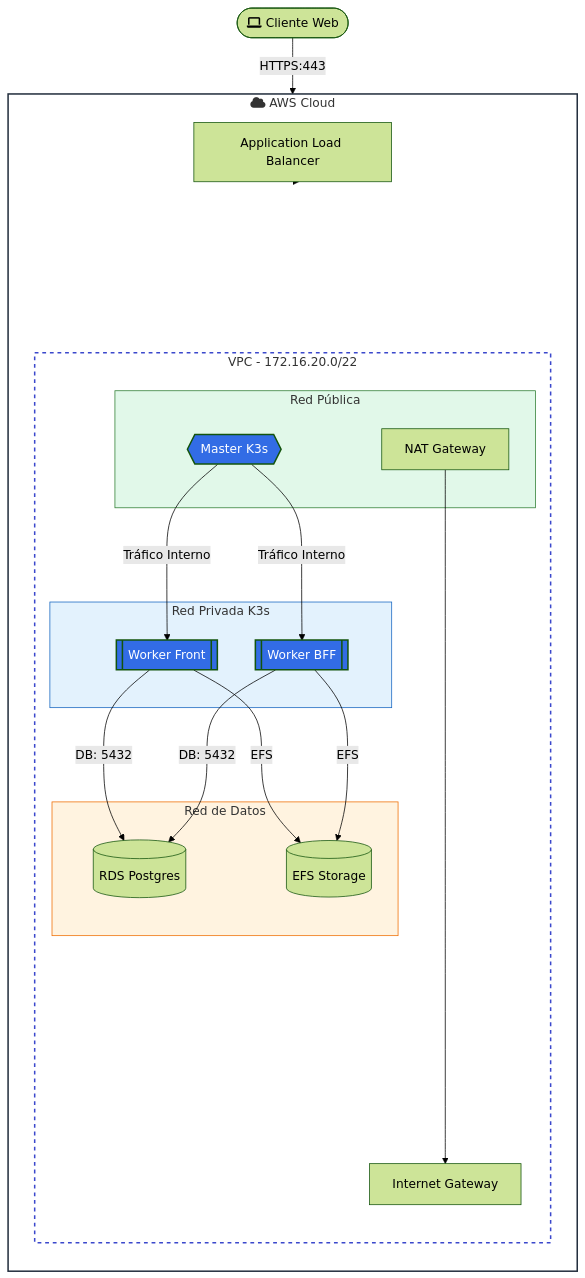
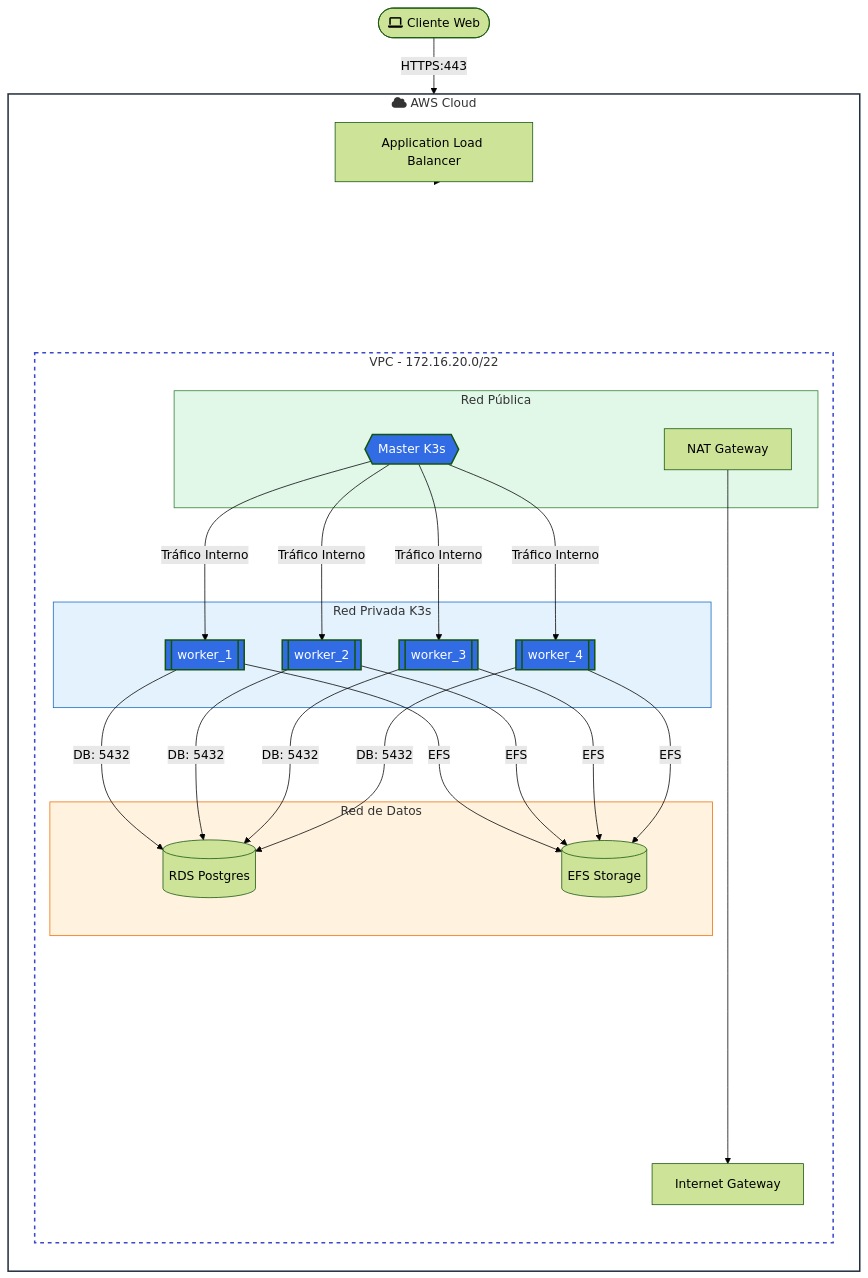
The diagram in Docs/infraestructura 4.md (jquinterov-ITM/Proyecto-D-Una---InfraEstructura-con-Terraform), drawn with Mermaid (forest theme) before and after one commit. The commit also changed other lines of this file and 3 other files, not shown here.

Commit message:
Organizando diagramas

````diff
--- a/Docs/infraestructura 4.md
+++ b/Docs/infraestructura 4.md
@@ -198,44 +200,50 @@
 ```mermaid
 flowchart TB
     classDef cloud fill:#fff,stroke:#232F3E,stroke-width:2px;
     classDef vpc fill:#fff,stroke:#3B48CC,stroke-width:2px,stroke-dasharray: 5 5;
     classDef pub fill:#e1f8e9,stroke:#2e7d32,stroke-width:1px;
     classDef priv fill:#e3f2fd,stroke:#1565c0,stroke-width:1px;
     classDef db fill:#fff3e0,stroke:#ef6c00,stroke-width:1px;
     classDef k3s fill:#326ce5,color:#fff,stroke-width:2px;
 
     Cliente([fa:fa-laptop Cliente Web]) -- "HTTPS:443" --> ALB
 
     subgraph AWS ["fa:fa-cloud AWS Cloud"]
         direction TB
         ALB[Application Load Balancer]
         subgraph VPC [VPC - 172.16.20.0/22]
             direction TB
             subgraph PUB1 [Red Pública]
                 NAT1[NAT Gateway]
                 M1{{Master K3s}}
             end
             subgraph PRIV1 [Red Privada K3s]
-                W1[[Worker Front]]
-                W2[[Worker BFF]]
+                W1[[worker_1]]
+                W2[[worker_2]]
+                W3[[worker_3]]
+                W4[[worker_4]]
             end
             subgraph DB_SUB1 [Red de Datos]
                 RDS[(RDS Postgres)]
                 EFS[(EFS Storage)]
             end
             IGW[Internet Gateway]
         end
     end
 
     ALB ====> PUB1
     NAT1 ------> IGW
-    M1 -- "Tráfico Interno" --> W1 & W2
+    M1 -- "Tráfico Interno" --> W1 & W2 & W3 & W4
     W1 -- "DB: 5432" --> RDS
     W2 -- "DB: 5432" --> RDS
+    W3 -- "DB: 5432" --> RDS
+    W4 -- "DB: 5432" --> RDS
     W1 -- "EFS" --> EFS
     W2 -- "EFS" --> EFS
+    W3 -- "EFS" --> EFS
+    W4 -- "EFS" --> EFS
 
     class AWS cloud; class VPC vpc;
     class PUB1 pub; class PRIV1 priv; class DB_SUB1 db;
-    class M1,W1,W2 k3s;
+    class M1,W1,W2,W3,W4 k3s;
 ```
````
